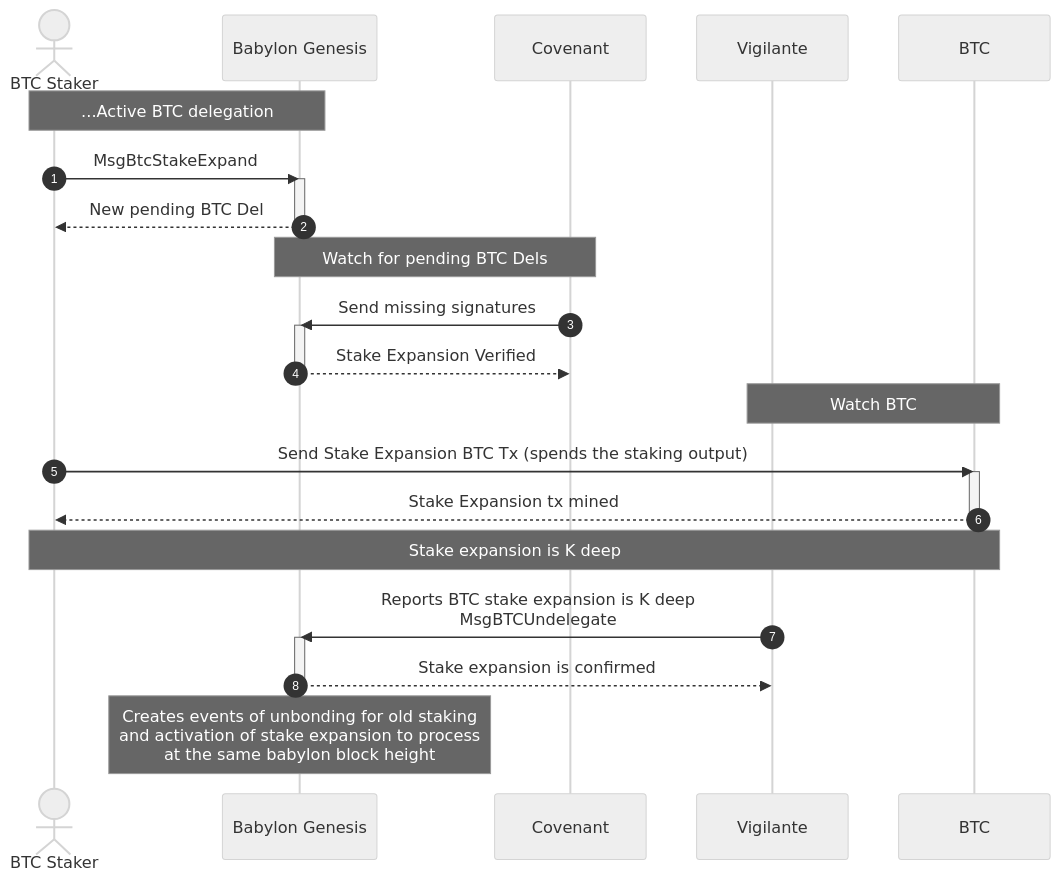
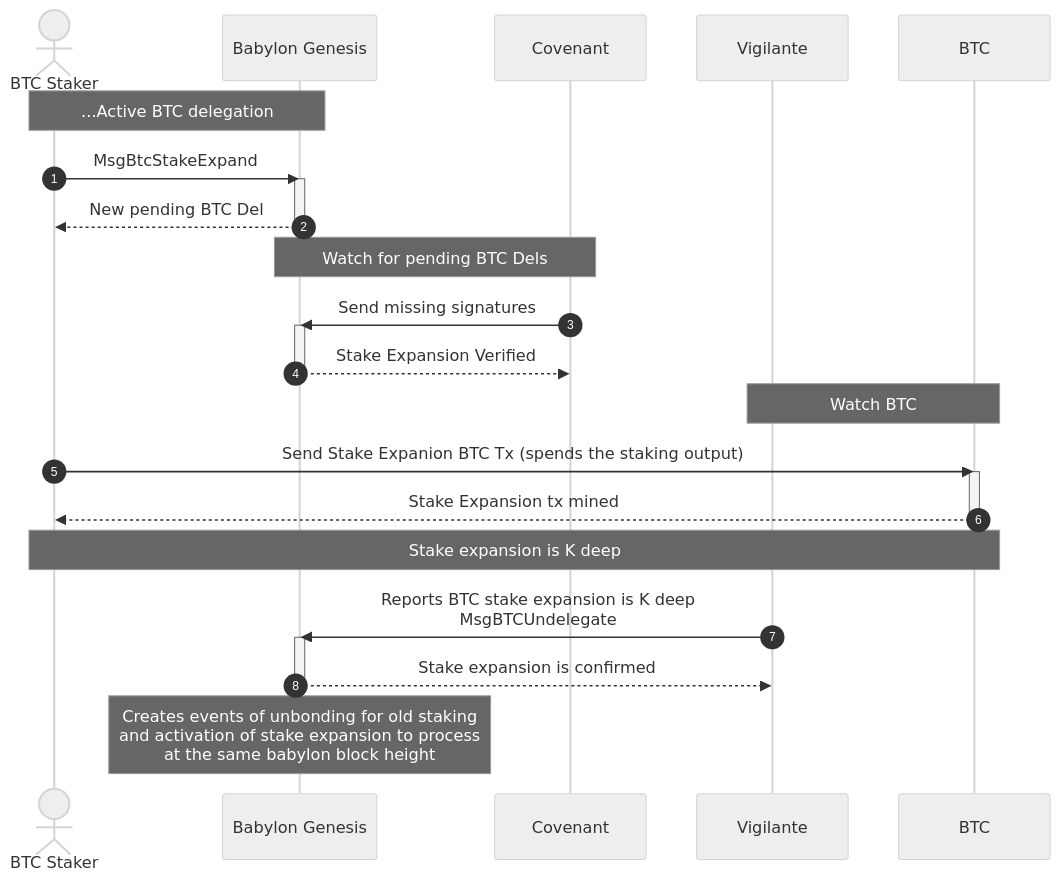
One commit to babylonlabs-io/babylon changed the first of 2 diagrams in docs/bitcoin-stake-expansion.md. Above: the diagram before and after it, drawn with Mermaid (neutral theme). The commit also changed other lines of this file, not shown here.

````diff
--- a/docs/bitcoin-stake-expansion.md
+++ b/docs/bitcoin-stake-expansion.md
@@ -103,38 +101,38 @@
 ```mermaid
 sequenceDiagram
 actor btcstaker as BTC Staker
 participant babylon as Babylon Genesis
 participant covd as Covenant
 participant vigilante as Vigilante
 participant btc as BTC
 
 autonumber
 
 Note over btcstaker,babylon: ...Active BTC delegation
 btcstaker->>babylon: MsgBtcStakeExpand
 activate babylon
 babylon-->>btcstaker: New pending BTC Del
 deactivate babylon
 
 Note over covd,babylon: Watch for pending BTC Dels
 
 covd->>babylon: Send missing signatures
 activate babylon
 babylon-->>covd: Stake Expansion Verified
 deactivate babylon
 
 Note over vigilante,btc: Watch BTC
 
-btcstaker->>btc: Send Stake Expansion BTC Tx (spends the staking output)
+btcstaker->>btc: Send Stake Expanion BTC Tx (spends the staking output)
 activate btc
 btc-->>btcstaker: Stake Expansion tx mined
 deactivate btc
 
 
 Note over btcstaker, btc: Stake expansion is K deep
 vigilante->>babylon: Reports BTC stake expansion is K deep<br>MsgBTCUndelegate
 activate babylon
 babylon-->>vigilante: Stake expansion is confirmed
 deactivate babylon
 Note over babylon: Creates events of unbonding for old staking<br>and activation of stake expansion to process<br>at the same babylon block height
 ```
````
